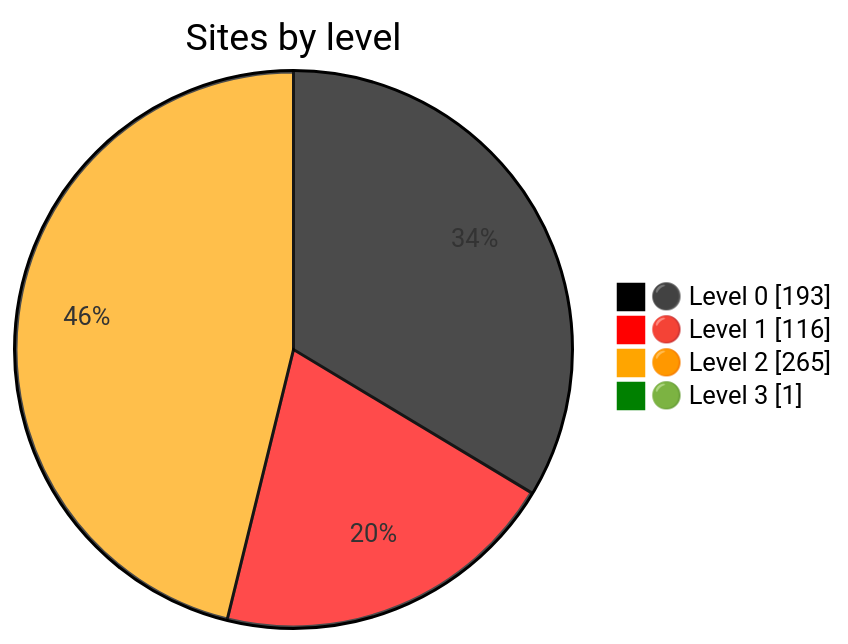
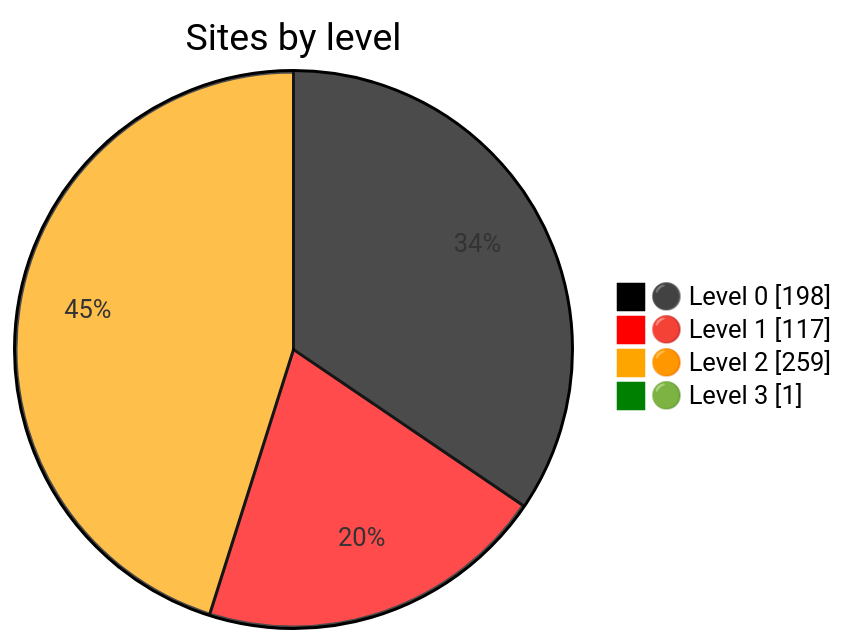
The diagram in README.md (nuuuwan/gov_lk_web_auditor), drawn with Mermaid before and after one commit. The commit also changed other lines of this file and 2568 other files, not shown here.

````diff
--- a/README.md
+++ b/README.md
@@ -24,9 +24,9 @@
 ```mermaid
 %%{init: {"themeVariables":{"pie1":"black","pie2":"red","pie3":"orange","pie4":"green"}}}%%
 pie showData
     title Sites by level
-    "⚫ Level 0" : 193
-    "🔴 Level 1" : 116
-    "🟠 Level 2" : 265
+    "⚫ Level 0" : 198
+    "🔴 Level 1" : 117
+    "🟠 Level 2" : 259
     "🟢 Level 3" : 1
 ```
````
